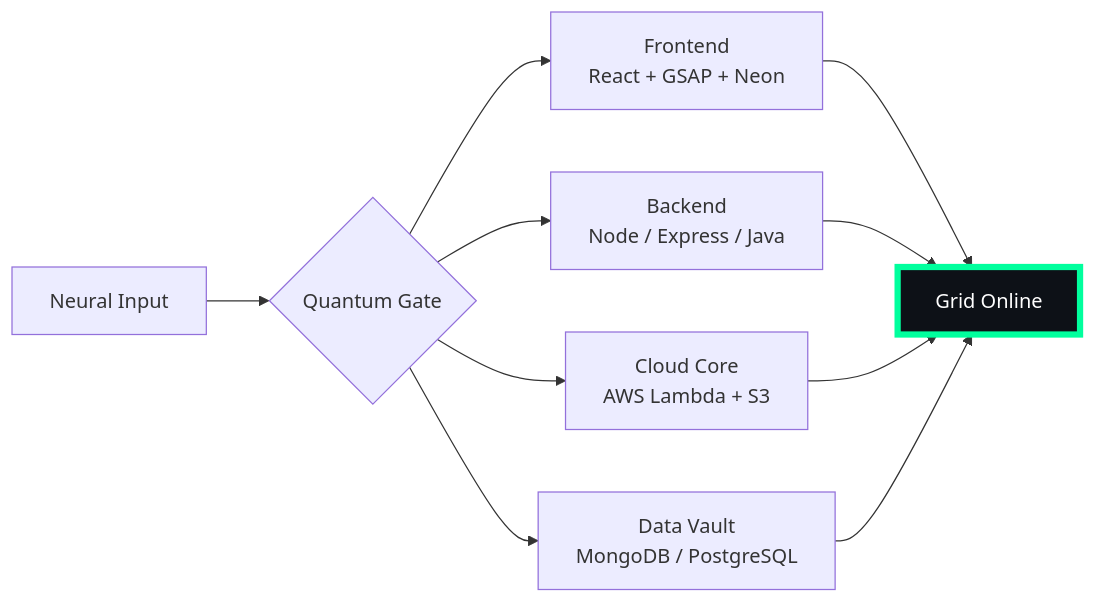
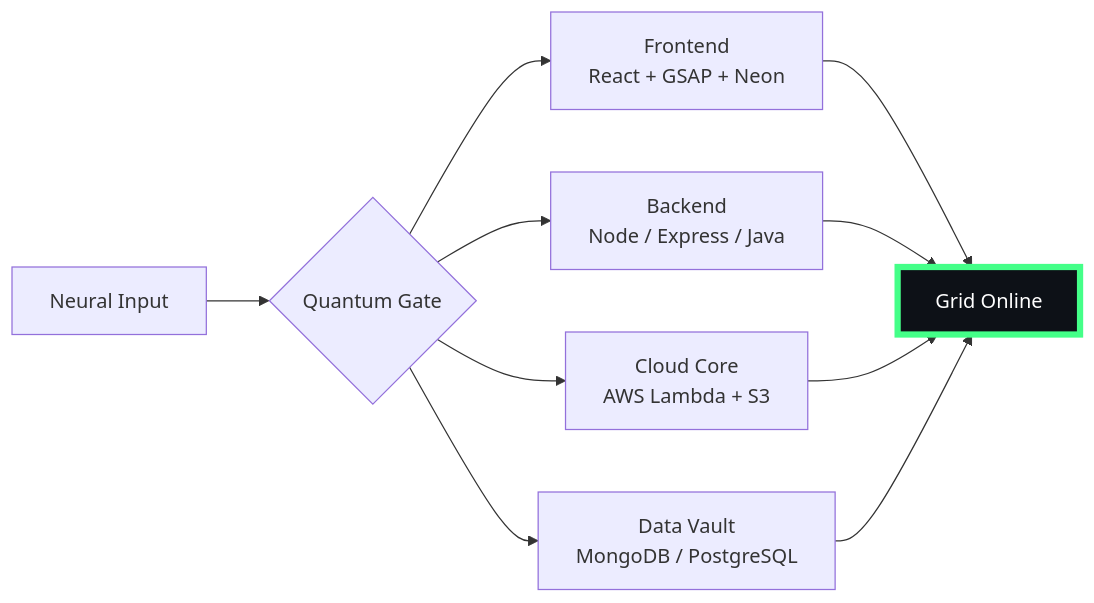
Before and after one commit to pendemvamsi/pendemvamsi: the diagram in README.md, drawn with Mermaid. The commit also changed other lines of this file and 1 other file, not shown here.

````diff
--- a/README.md
+++ b/README.md
@@ -32,10 +32,10 @@
 ```mermaid
 flowchart LR
     U[Neural Input] --> G{Quantum Gate}
     G --> F[Frontend<br>React + GSAP + Neon]
     G --> B[Backend<br>Node / Express / Java]
     G --> C[Cloud Core<br>AWS Lambda + S3]
     G --> D[Data Vault<br>MongoDB / PostgreSQL]
     F & B & C & D --> O[Grid Online]
-    style O fill:#0d1117,stroke:#00FF9D,stroke-width:5px,color:#fff
+    style O fill:#0d1117,stroke:#44FF88,stroke-width:5px,color:#fff
 ```
````
